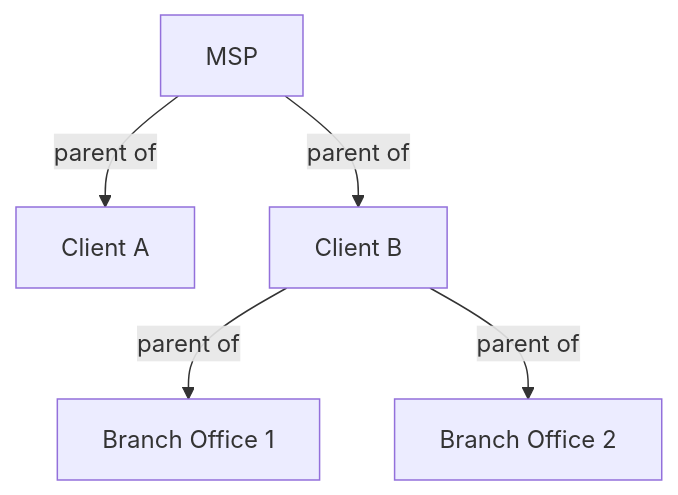
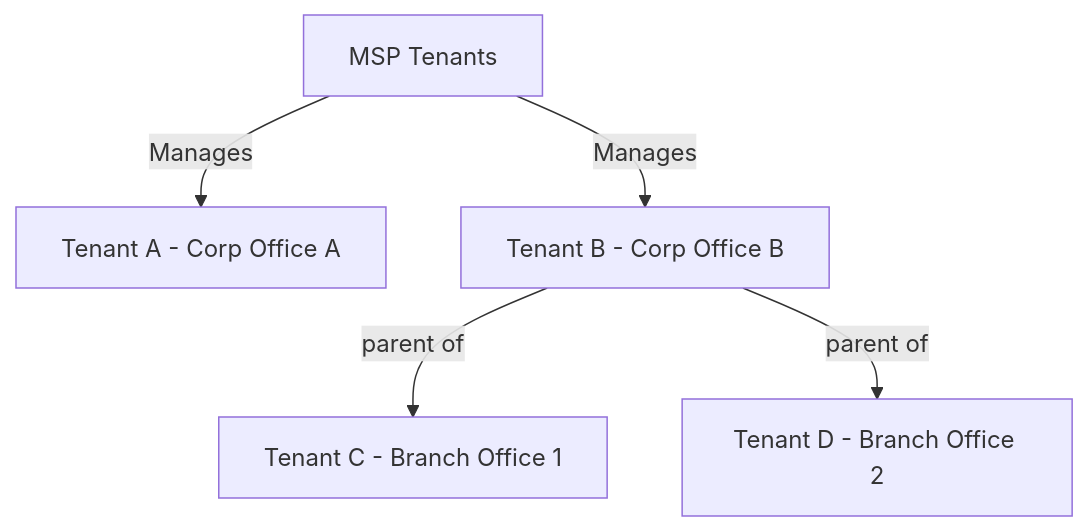
One commit to immense/immybot-documentation changed the diagram in Documentation/Administration/tenant-management.md. Above: the diagram before and after it, drawn with Mermaid. The commit also changed other lines of this file and 22 other files, not shown here.

````diff
--- a/Documentation/Administration/tenant-management.md
+++ b/Documentation/Administration/tenant-management.md
@@ -15,7 +15,7 @@
 ```mermaid
 graph TD
-    A[MSP] -->|parent of| B[Client A]
-    A -->|parent of| C[Client B]
-    C -->|parent of| D[Branch Office 1]
-    C -->|parent of| E[Branch Office 2]
+    A[MSP Tenants] -->|Manages| B[Tenant A - Corp Office A]
+    A -->|Manages| C[Tenant B - Corp Office B]
+    C -->|parent of| D[Tenant C - Branch Office 1]
+    C -->|parent of| E[Tenant D - Branch Office 2]
 ```
````
